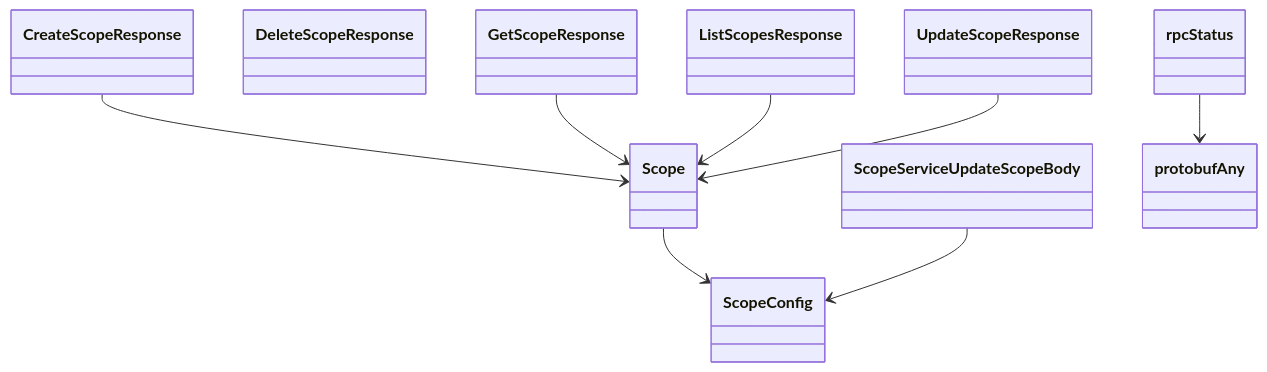
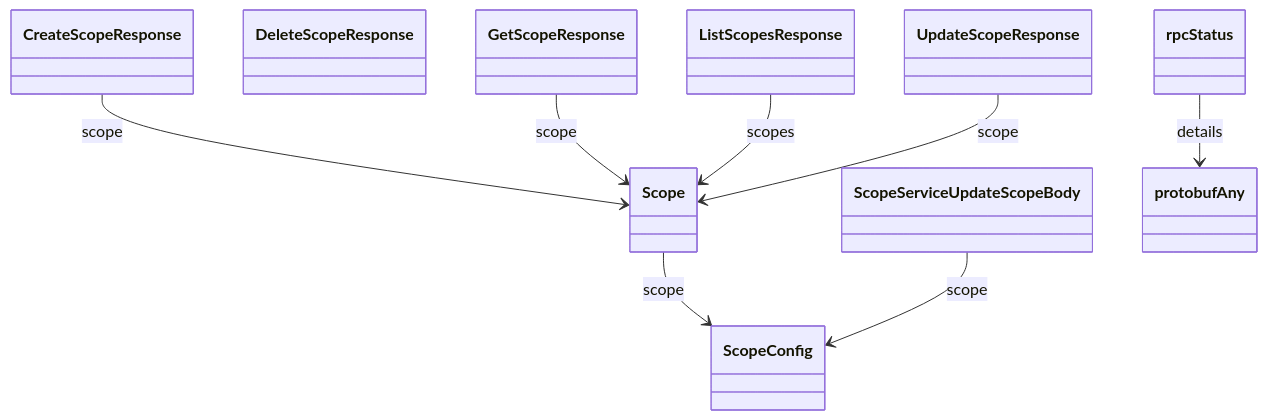
One commit to alexdearaujo/community_sdk_python changed diagram 12 of 12 in docs/sphinx/services/rbux.md. Above: the diagram before and after it, drawn with Mermaid. The commit also changed other lines of this file and 129 other files, not shown here.

````diff
--- a/docs/sphinx/services/rbux.md
+++ b/docs/sphinx/services/rbux.md
@@ -409,20 +430,20 @@
 ```mermaid
 classDiagram
     class CreateScopeResponse
     class DeleteScopeResponse
     class GetScopeResponse
     class ListScopesResponse
     class Scope
     class ScopeConfig
     class ScopeServiceUpdateScopeBody
     class UpdateScopeResponse
     class protobufAny
     class rpcStatus
-    CreateScopeResponse --> Scope
-    GetScopeResponse --> Scope
-    ListScopesResponse --> Scope
-    Scope --> ScopeConfig
-    ScopeServiceUpdateScopeBody --> ScopeConfig
-    UpdateScopeResponse --> Scope
-    rpcStatus --> protobufAny
+    CreateScopeResponse --> Scope : scope
+    GetScopeResponse --> Scope : scope
+    ListScopesResponse --> Scope : scopes
+    Scope --> ScopeConfig : scope
+    ScopeServiceUpdateScopeBody --> ScopeConfig : scope
+    UpdateScopeResponse --> Scope : scope
+    rpcStatus --> protobufAny : details
 ```
````
